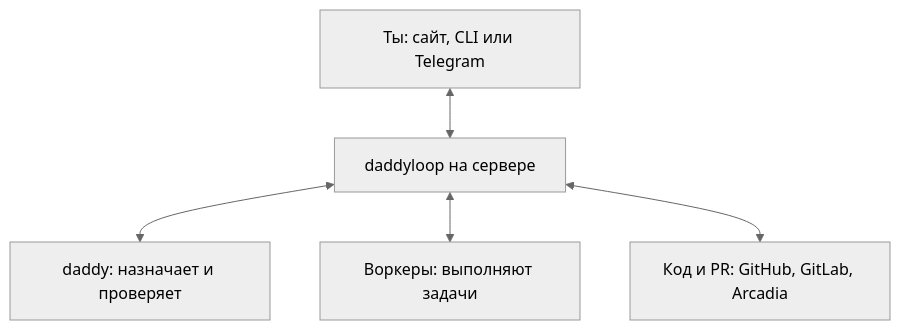
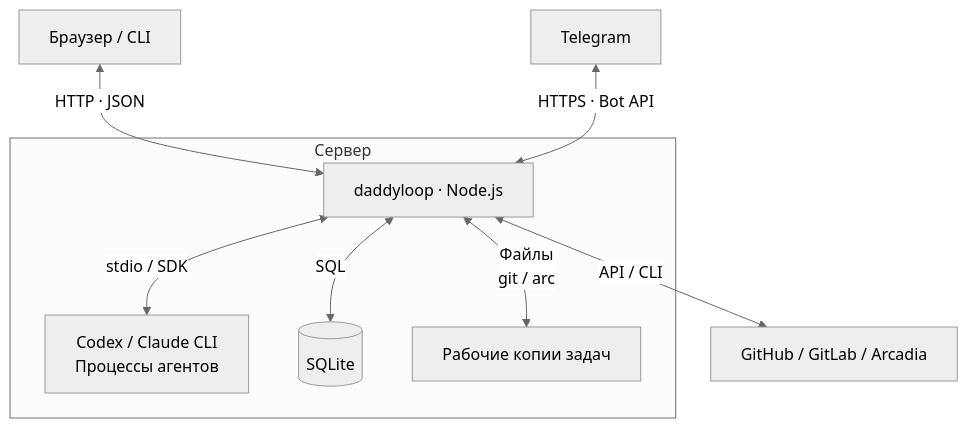
Before and after one commit to heesooyaam/daddyloop: the diagram in docs/architecture/ru.md, drawn with Mermaid (neutral theme). The commit also changed other lines of this file and 6 other files, not shown here.

Commit message:
docs: explain architecture connections and invariants (#28)

````diff
--- a/docs/architecture/ru.md
+++ b/docs/architecture/ru.md
@@ -11,7 +13,11 @@
 ```mermaid
 flowchart TB
-    U["Ты: сайт, CLI или Telegram"] <--> S["daddyloop на сервере"]
-    S <--> D["daddy: назначает и проверяет"]
-    S <--> W["Воркеры: выполняют задачи"]
-    S <--> R["Код и PR: GitHub, GitLab, Arcadia"]
+    U["Браузер / CLI"] <-->|"HTTP · JSON"| S
+    T["Telegram"] <-->|"HTTPS · Bot API"| S
+    subgraph H["Сервер"]
+        S["daddyloop · Node.js"] <-->|"stdio / SDK"| A["Codex / Claude CLI<br/>Процессы агентов"]
+        S <-->|"SQL"| DB[("SQLite")]
+        S <-->|"Файлы<br/>git / arc"| W["Рабочие копии задач"]
+    end
+    S <-->|"API / CLI"| R["GitHub / GitLab / Arcadia"]
 ```
````
